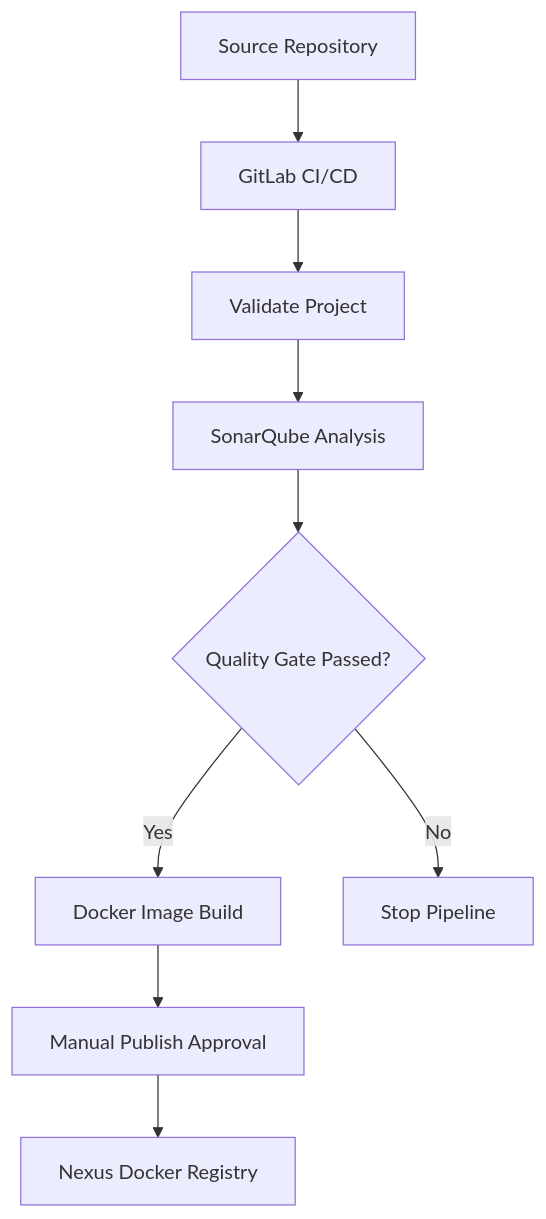
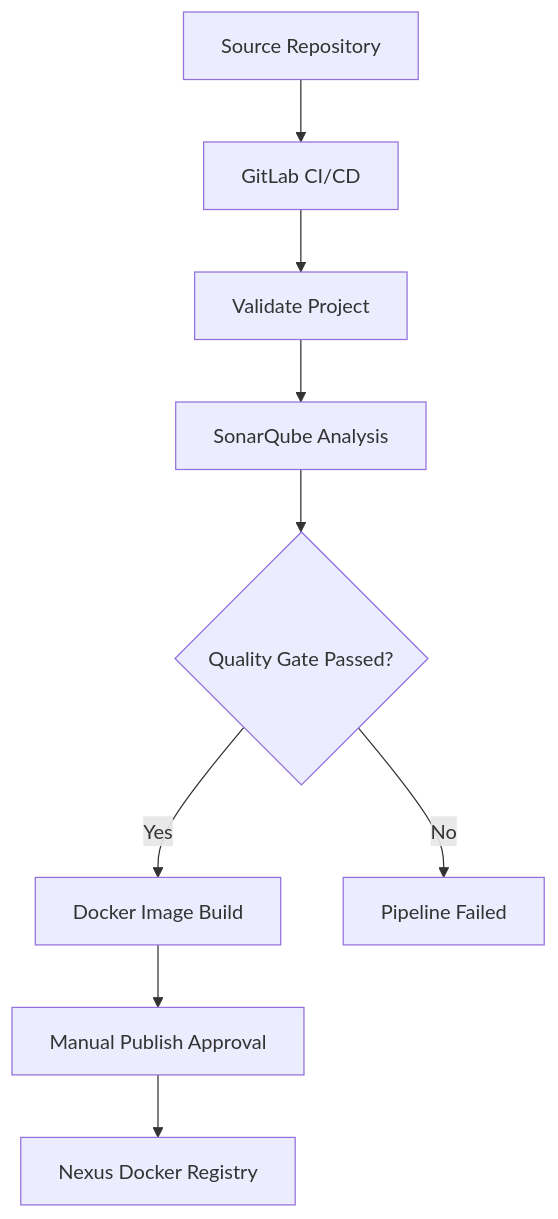
Before and after one commit to elahegivi/infrastructure-automation-cicd: the second of 2 diagrams in README.md, drawn with Mermaid. The commit also changed other lines of this file, not shown here.

````diff
--- a/README.md
+++ b/README.md
@@ -93,17 +155,17 @@
 ```mermaid
 flowchart TD
-    A[Source Repository]
-    B[GitLab CI/CD]
-    C[Validate Project]
-    D[SonarQube Analysis]
-    E{Quality Gate Passed?}
-    F[Docker Image Build]
-    G[Manual Publish Approval]
-    H[Nexus Docker Registry]
-    I[Stop Pipeline]
+    A["Source Repository"]
+    B["GitLab CI/CD"]
+    C["Validate Project"]
+    D["SonarQube Analysis"]
+    E{"Quality Gate Passed?"}
+    F["Docker Image Build"]
+    G["Manual Publish Approval"]
+    H["Nexus Docker Registry"]
+    I["Pipeline Failed"]
 
     A --> B --> C --> D --> E
-    E -->|Yes| F
-    E -->|No| I
+    E -->|"Yes"| F
+    E -->|"No"| I
     F --> G --> H
 ```
````
